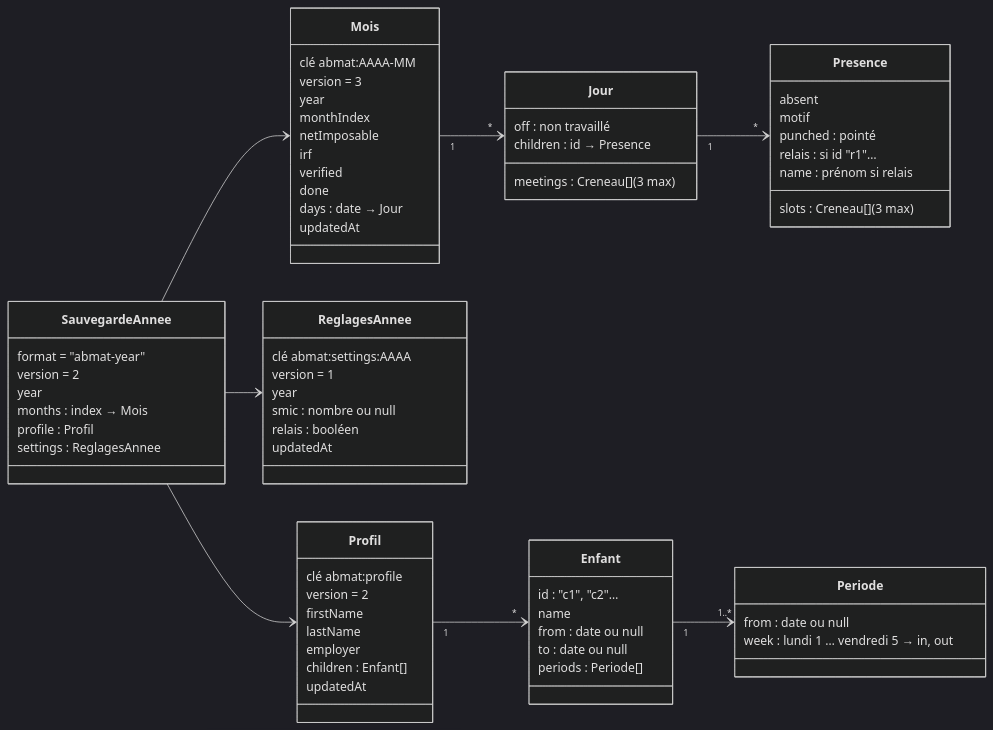
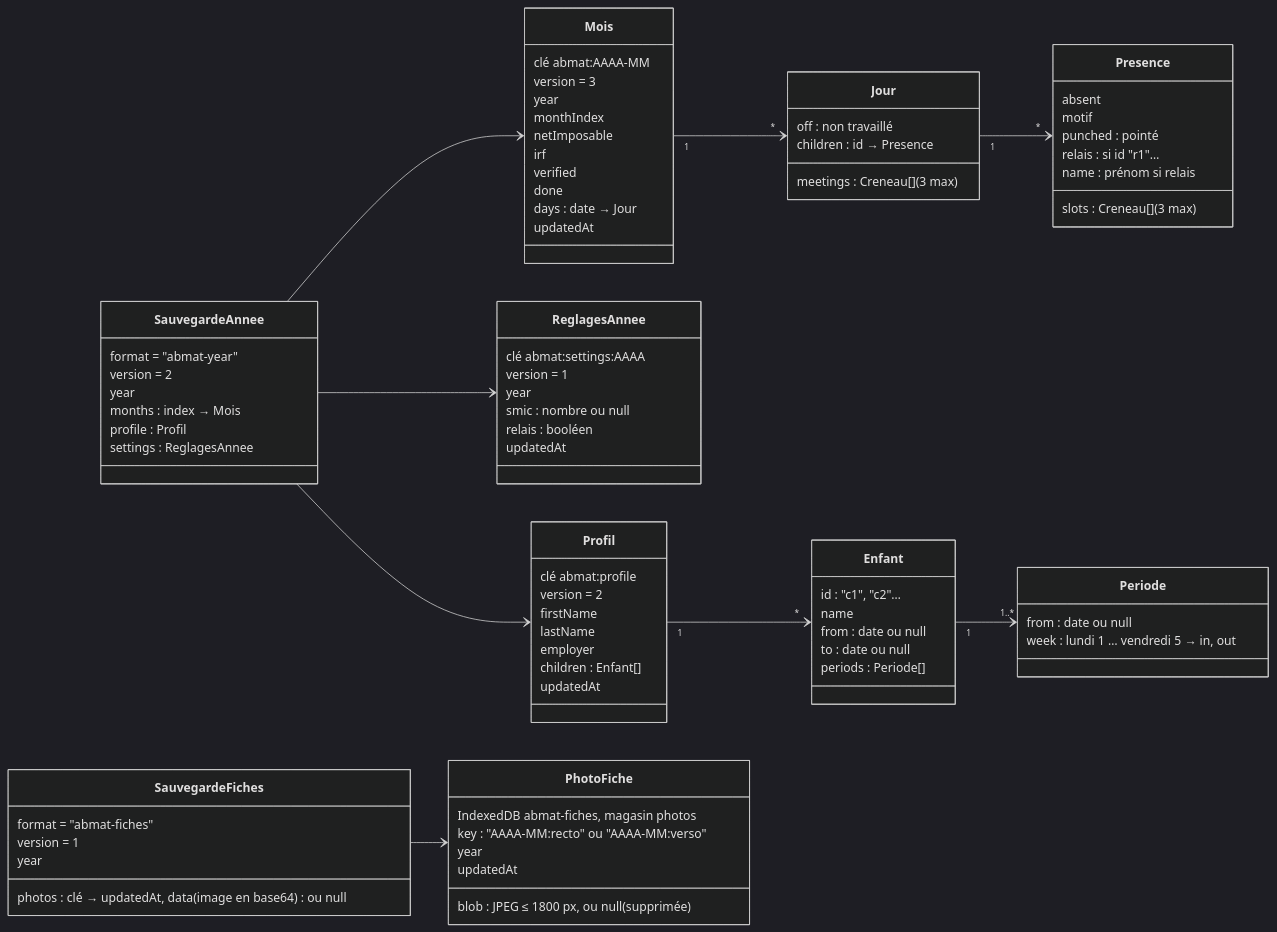
Before and after one commit to AurelienBBY/assmat-calcul-abattement: the diagram in docs/schema-donnees-v3.md, drawn with Mermaid (dark theme). The commit also changed other lines of this file and 4 other files, not shown here.

First line of the commit message:
docs: mise en route, photo de la fiche et vérification du mois (lot 13)

````diff
--- a/docs/schema-donnees-v3.md
+++ b/docs/schema-donnees-v3.md
@@ -73,4 +73,18 @@
   SauvegardeAnnee --> Mois
   SauvegardeAnnee --> Profil
   SauvegardeAnnee --> ReglagesAnnee
+  class PhotoFiche {
+    IndexedDB abmat-fiches, magasin photos
+    key : "AAAA-MM:recto" ou "AAAA-MM:verso"
+    year
+    blob : JPEG ≤ 1800 px, ou null (supprimée)
+    updatedAt
+  }
+  class SauvegardeFiches {
+    format = "abmat-fiches"
+    version = 1
+    year
+    photos : clé → updatedAt, data (image en base64) ou null
+  }
+  SauvegardeFiches --> PhotoFiche
 ```
````
